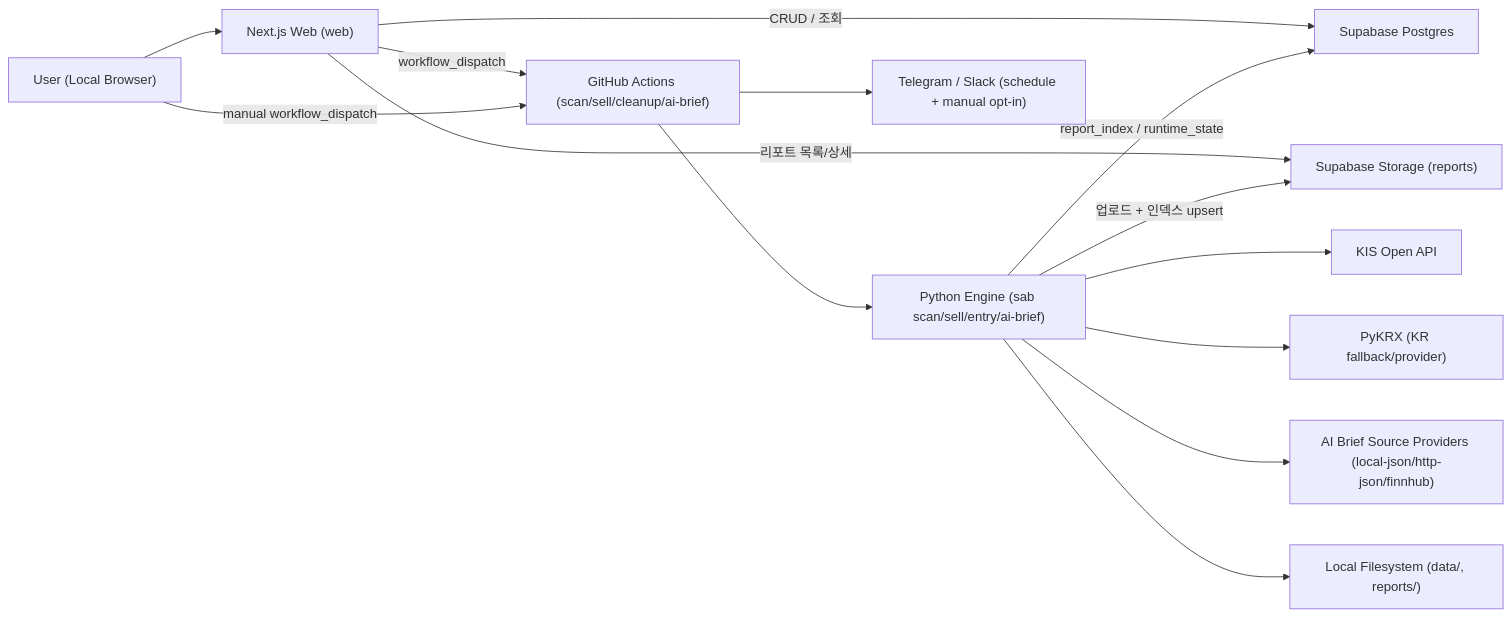
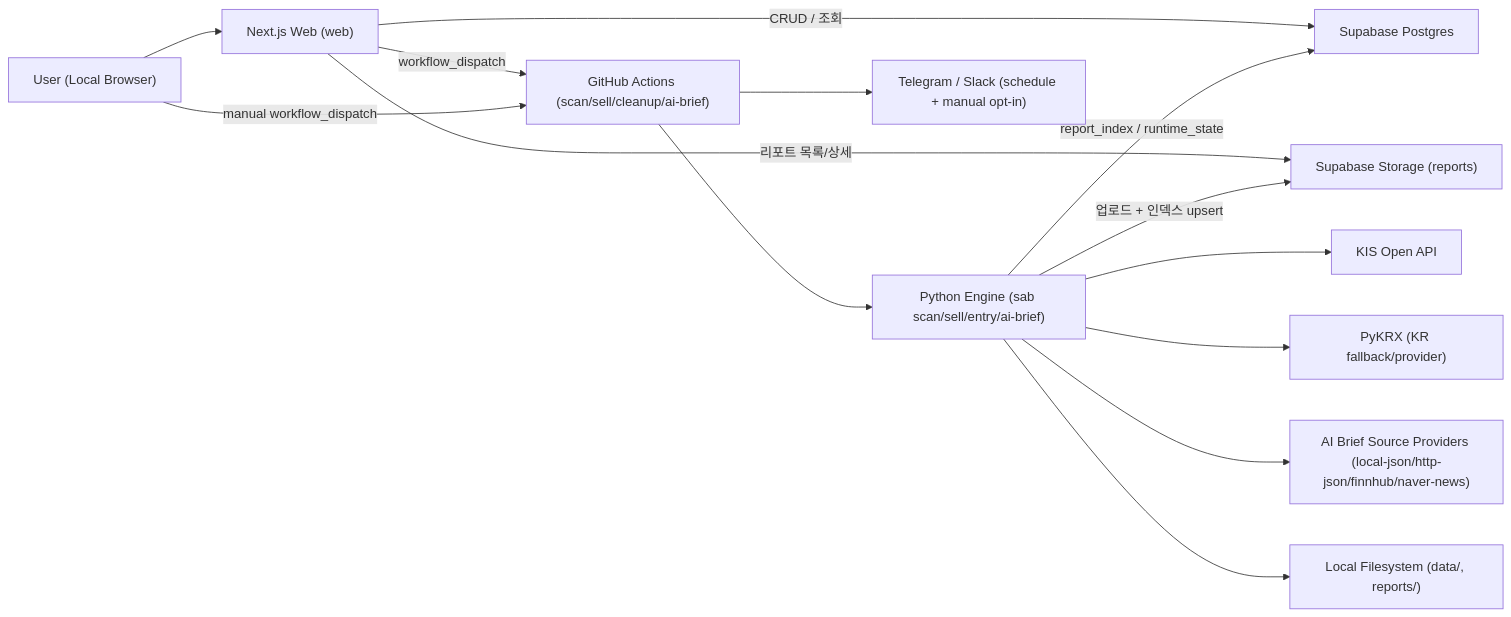
One commit to mochafreddo/swing-trading-report changed the diagram in docs/ARCHITECTURE.md. Above: the diagram before and after it, drawn with Mermaid. The commit also changed other lines of this file and 12 other files, not shown here.

First line of the commit message:
feat(ai-brief): Naver News source provider 추가

````diff
--- a/docs/ARCHITECTURE.md
+++ b/docs/ARCHITECTURE.md
@@ -35,18 +35,18 @@
 ```mermaid
 flowchart LR
   U["User (Local Browser)"] --> W["Next.js Web (web)"]
   W -->|CRUD / 조회| SDB["Supabase Postgres"]
   W -->|리포트 목록/상세| SST["Supabase Storage (reports)"]
   W -->|workflow_dispatch| GHA["GitHub Actions (scan/sell/cleanup/ai-brief)"]
   U -->|manual workflow_dispatch| GHA
 
   GHA --> P["Python Engine (sab scan/sell/entry/ai-brief)"]
   P --> KIS["KIS Open API"]
   P --> PY["PyKRX (KR fallback/provider)"]
-  P --> SRC["AI Brief Source Providers (local-json/http-json/finnhub)"]
+  P --> SRC["AI Brief Source Providers (local-json/http-json/finnhub/naver-news)"]
   P --> LF["Local Filesystem (data/, reports/)"]
   P -->|업로드 + 인덱스 upsert| SST
   P -->|report_index / runtime_state| SDB
 
   GHA --> TG["Telegram / Slack (schedule + manual opt-in)"]
 ```
````
